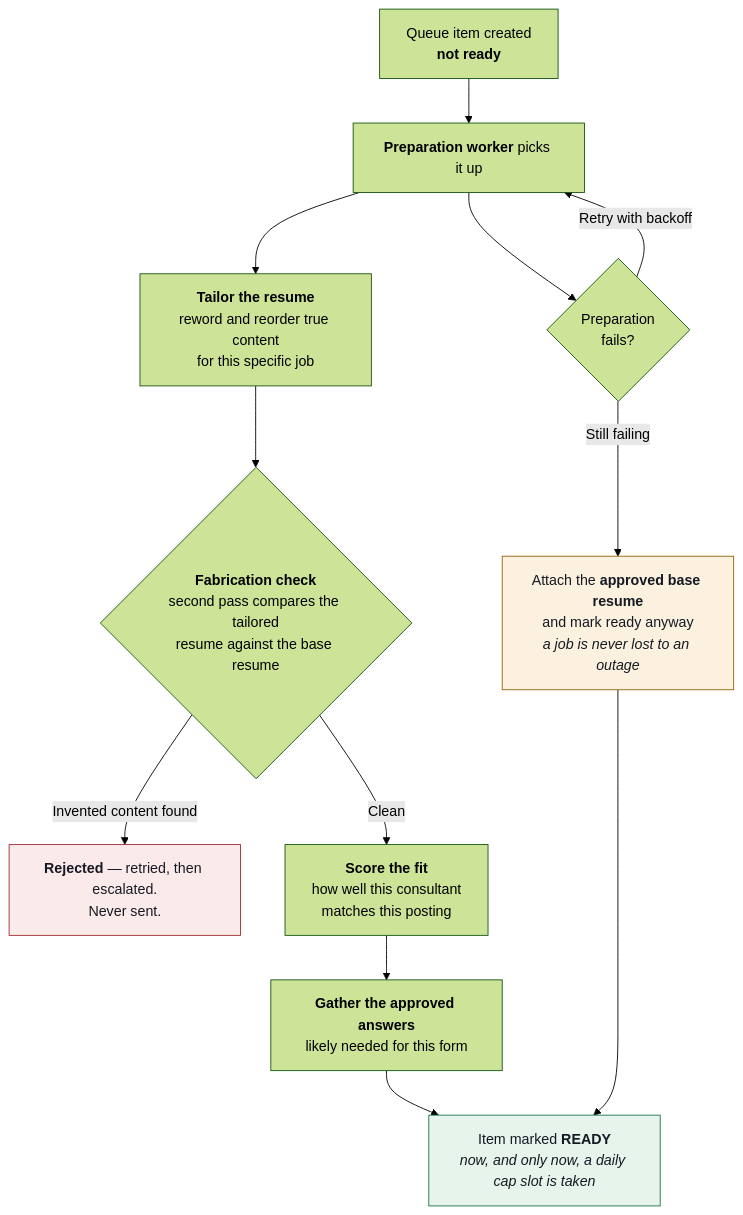
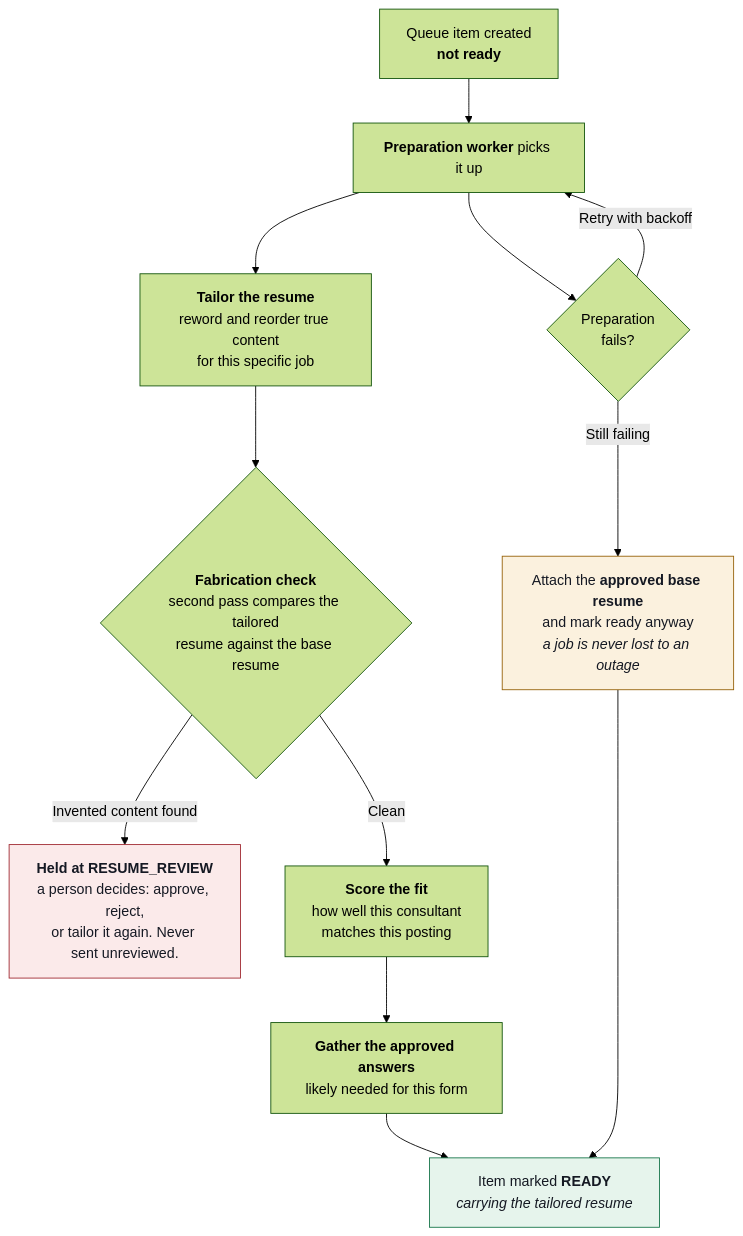
The seventh of 14 diagrams in README.md (saidhanush1702/Staffing_Autopilot), drawn with Mermaid (forest theme) before and after one commit. The commit also changed other lines of this file and 62 other files, not shown here.

First line of the commit message:
feat: add resume review and management features

````diff
--- a/README.md
+++ b/README.md
@@ -316,21 +317,21 @@
 ```mermaid
 flowchart TD
     A["Queue item created<br/><b>not ready</b>"] --> B["<b>Preparation worker</b> picks it up"]
 
     B --> C["<b>Tailor the resume</b><br/>reword and reorder true content<br/>for this specific job"]
     C --> D{"<b>Fabrication check</b><br/>second pass compares the tailored<br/>resume against the base resume"}
-    D -->|"Invented content found"| D1["<b>Rejected</b> — retried, then escalated.<br/>Never sent."]
+    D -->|"Invented content found"| D1["<b>Held at RESUME_REVIEW</b><br/>a person decides: approve, reject,<br/>or tailor it again. Never sent unreviewed."]
     D -->|"Clean"| E["<b>Score the fit</b><br/>how well this consultant<br/>matches this posting"]
 
     E --> F["<b>Gather the approved answers</b><br/>likely needed for this form"]
-    F --> G["Item marked <b>READY</b><br/><i>now, and only now, a daily cap slot is taken</i>"]
+    F --> G["Item marked <b>READY</b><br/><i>carrying the tailored resume</i>"]
 
     B --> X{"Preparation<br/>fails?"}
     X -->|"Retry with backoff"| B
     X -->|"Still failing"| Y["Attach the <b>approved base resume</b><br/>and mark ready anyway<br/><i>a job is never lost to an outage</i>"]
     Y --> G
 
     style D1 fill:#fbeaea,stroke:#a02a32,color:#151923
     style G fill:#e6f4ec,stroke:#17754a,color:#151923
     style Y fill:#fbf1de,stroke:#96620a,color:#151923
 ```
````
